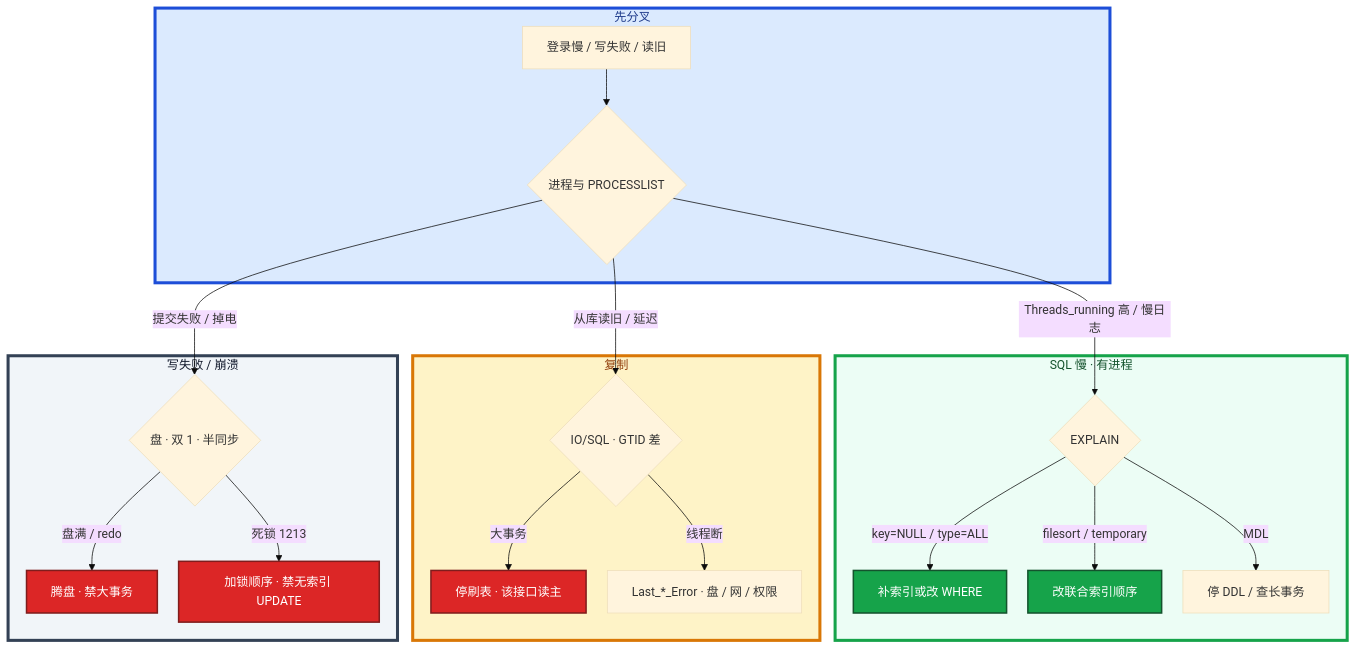
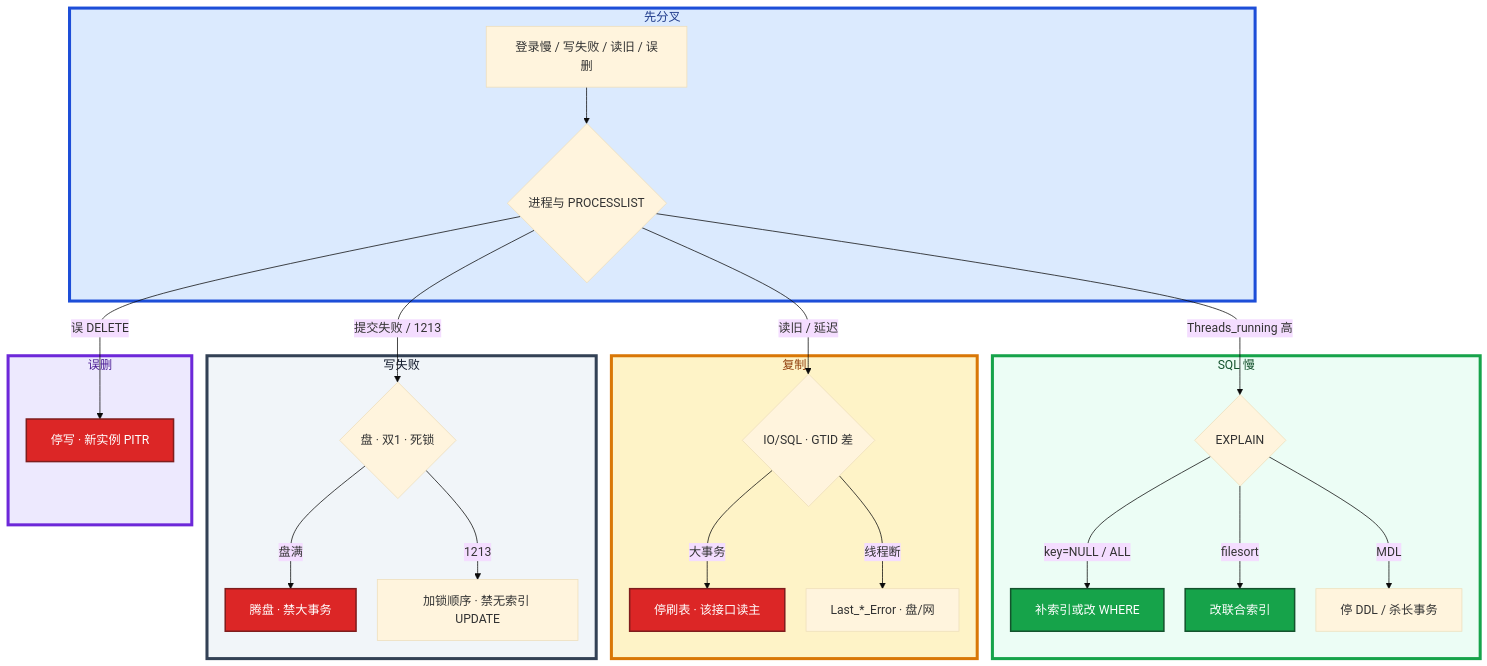
One commit to ml-cuizijun/LearnToLilith changed the fourth of 4 diagrams in 03-中间件与数据库/01-MySQL/知识点.md. Above: the diagram before and after it, drawn with Mermaid. The commit also changed other lines of this file and 107 other files, not shown here.

````diff
--- a/03-中间件与数据库/01-MySQL/知识点.md
+++ b/03-中间件与数据库/01-MySQL/知识点.md
@@ -594,36 +596,41 @@
 ```mermaid
 %%{init: {"flowchart": {"padding": 16, "nodeSpacing": 28, "rankSpacing": 48}, "theme": "base"}}%%
 flowchart TB
     subgraph gate ["先分叉"]
-        A[登录慢 / 写失败 / 读旧] --> B{进程与 PROCESSLIST}
+        A[登录慢 / 写失败 / 读旧 / 误删] --> B{进程与 PROCESSLIST}
     end
 
-    subgraph sql ["SQL 慢 · 有进程"]
-        B -->|Threads_running 高 / 慢日志| C{EXPLAIN}
-        C -->|key=NULL / type=ALL| D[补索引或改 WHERE]
-        C -->|filesort / temporary| E[改联合索引顺序]
-        C -->|MDL| F[停 DDL / 查长事务]
+    subgraph sql ["SQL 慢"]
+        B -->|Threads_running 高| C{EXPLAIN}
+        C -->|key=NULL / ALL| D[补索引或改 WHERE]
+        C -->|filesort| E[改联合索引]
+        C -->|MDL| F[停 DDL / 杀长事务]
     end
 
     subgraph repl ["复制"]
-        B -->|从库读旧 / 延迟| G{IO/SQL · GTID 差}
+        B -->|读旧 / 延迟| G{IO/SQL · GTID 差}
         G -->|大事务| H[停刷表 · 该接口读主]
-        G -->|线程断| I[Last_*_Error · 盘 / 网 / 权限]
+        G -->|线程断| I[Last_*_Error · 盘/网]
     end
 
-    subgraph crash ["写失败 / 崩溃"]
-        B -->|提交失败 / 掉电| J{盘 · 双 1 · 半同步}
-        J -->|盘满 / redo| K[腾盘 · 禁大事务]
-        J -->|死锁 1213| L[加锁顺序 · 禁无索引 UPDATE]
+    subgraph crash ["写失败"]
+        B -->|提交失败 / 1213| J{盘 · 双1 · 死锁}
+        J -->|盘满| K[腾盘 · 禁大事务]
+        J -->|1213| L[加锁顺序 · 禁无索引 UPDATE]
+    end
+
+    subgraph pitr ["误删"]
+        B -->|误 DELETE| M[停写 · 新实例 PITR]
     end
 
     classDef bad fill:#DC2626,stroke:#7F1D1D,stroke-width:2px,color:#fff
     classDef ok fill:#16A34A,stroke:#14532D,stroke-width:2px,color:#fff
-    class H,K,L bad
+    class H,K,M bad
     class D,E ok
 
     style gate fill:#DBEAFE,stroke:#1D4ED8,stroke-width:4px,color:#1E3A8A
     style sql fill:#ECFDF5,stroke:#16A34A,stroke-width:4px,color:#14532D
     style repl fill:#FEF3C7,stroke:#D97706,stroke-width:4px,color:#92400E
     style crash fill:#F1F5F9,stroke:#334155,stroke-width:4px,color:#0F172A
+    style pitr fill:#EDE9FE,stroke:#6D28D9,stroke-width:4px,color:#4C1D95
 ```
````
